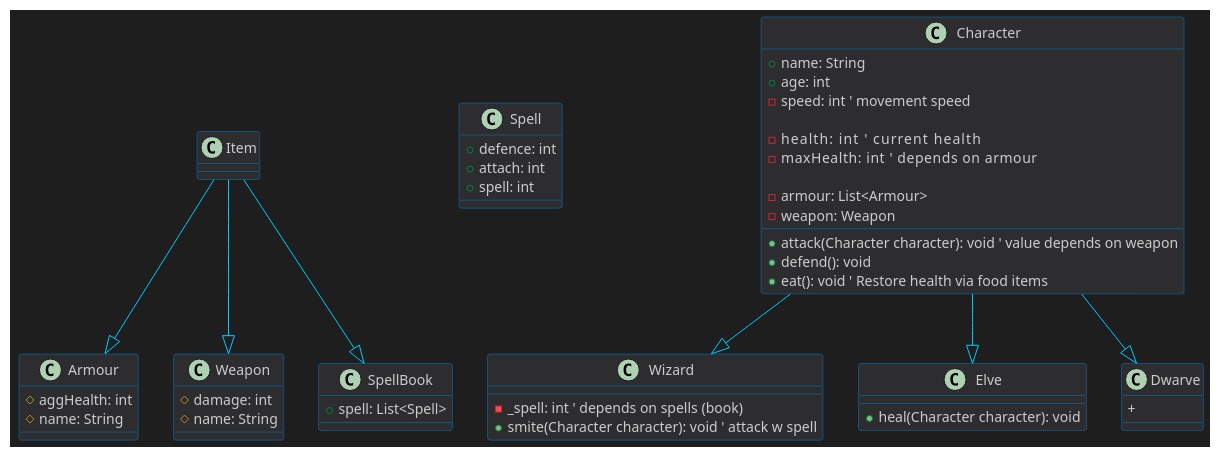
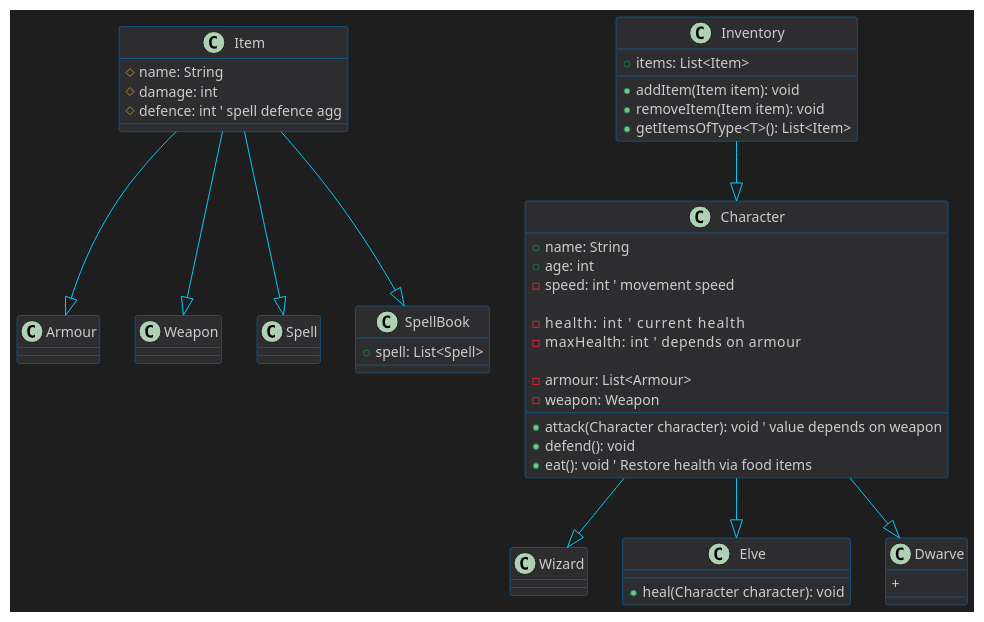
Before and after one commit to brunofrancoucu/p2-roleplay-game: the diagram in inheritance.puml, drawn with PlantUML.

Commit message:
add: inventory design layout

```diff
--- a/inheritance.puml
+++ b/inheritance.puml
@@ -1,77 +1,82 @@
 @startuml
 ' Dark mode background
 skinparam backgroundColor #1E1E1E
 skinparam defaultTextColor #CCCCCC
 
 ' Style for classes
 skinparam class {
     BackgroundColor #2D2D30
     BorderColor #007ACC
     FontColor #FFFFFF
     FooterFontColor #CCCCCC
     AttributeFontColor #CCCCCC
 }
 
 ' Style for arrows
 skinparam ArrowColor #00CCFF
 
-class Item {}
+class Item {
+    # name: String
+    # damage: int
+    # defence: int ' spell defence agg
+}
 
 class Armour {
-    # aggHealth: int
-    # name: String
 }
 
 class Weapon {
-    # damage: int
-    # name: String
 }
 
 class Spell {
-    + defence: int
-    + attach: int
-    + spell: int
 }
 
 class SpellBook {
     + spell: List<Spell>
+}
+
+class Inventory {
+    + items: List<Item>
+    + addItem(Item item): void
+    + removeItem(Item item): void
+    + getItemsOfType<T>(): List<Item>
 }
 
 ' abstract
 class Character {
     + name: String
     + age: int
     - speed: int ' movement speed
 
     - health: int         ' current health
     - maxHealth: int      ' depends on armour
 
     - armour: List<Armour>
     - weapon: Weapon
 
     + attack(Character character): void ' value depends on weapon
     + defend(): void
     + eat(): void ' Restore health via food items
 }
 
 class Wizard {
-    - _spell: int ' depends on spells (book)
-    + smite(Character character): void ' attack w spell
 }
 
 class Elve {
     + heal(Character character): void
 }
 
 class Dwarve {
     + 
 }
 
+Inventory --|> Character
+
 Character --|> Wizard
 Character --|> Elve
 Character --|> Dwarve
 
 Item --|> SpellBook
 Item --|> Weapon
 Item --|> Armour
+Item --|> Spell
 @enduml
```
